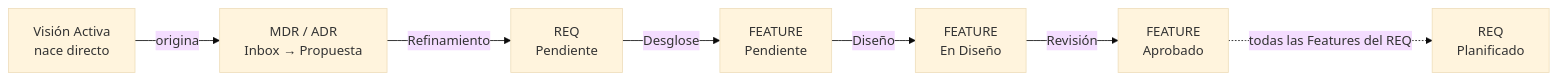
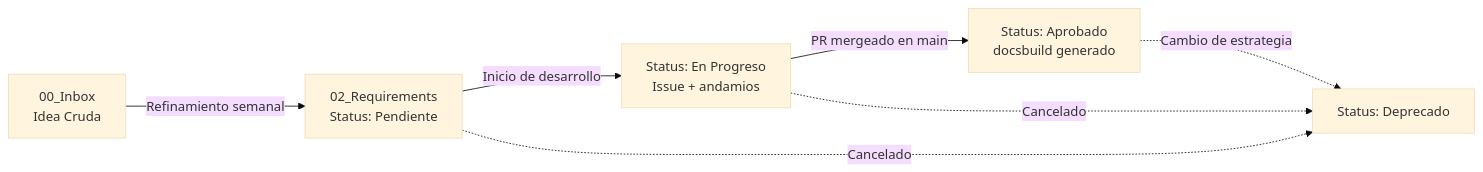
The first of 2 diagrams in domer/gobernanza-domer-software.md (ElmerMosquera2/cronicas-de-un-ingeniero), drawn with Mermaid (base theme) before and after one commit. The commit also changed other lines of this file, not shown here.

````diff
--- a/domer/gobernanza-domer-software.md
+++ b/domer/gobernanza-domer-software.md
@@ -280,9 +251,9 @@
 ```mermaid
 graph LR
-    VA[Visión Activa<br>nace directo] -->|origina| MA[MDR / ADR<br>Inbox → Propuesta]
-    MA -->|Refinamiento| RQ[REQ<br>Pendiente]
-    RQ -->|Desglose| FT[FEATURE<br>Pendiente]
-    FT -->|Diseño| FD[FEATURE<br>En Diseño]
-    FD -->|Revisión| FA[FEATURE<br>Aprobado]
-    FA -.->|todas las Features del REQ| RP[REQ<br>Planificado]
+    A[00_Inbox<br>Idea Cruda] -->|Refinamiento semanal| B[02_Requirements<br>Status: Pendiente]
+    B -->|Inicio de desarrollo| C[Status: En Progreso<br>Issue + andamios]
+    C -->|PR mergeado en main| D[Status: Aprobado<br>docsbuild generado]
+    D -.->|Cambio de estrategia| E[Status: Deprecado]
+    B -.->|Cancelado| E
+    C -.->|Cancelado| E
 ```
````
